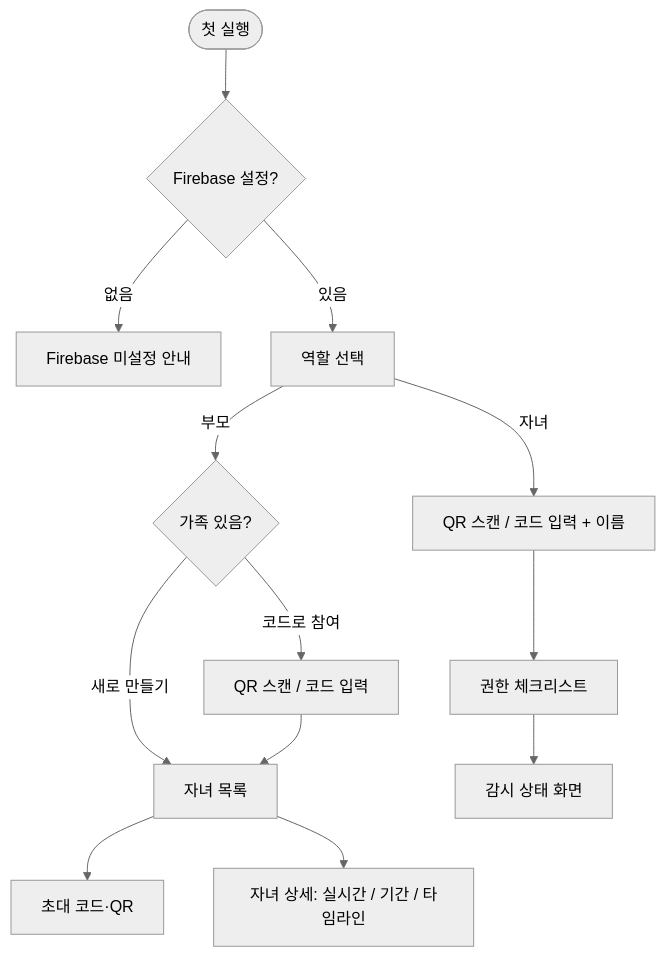
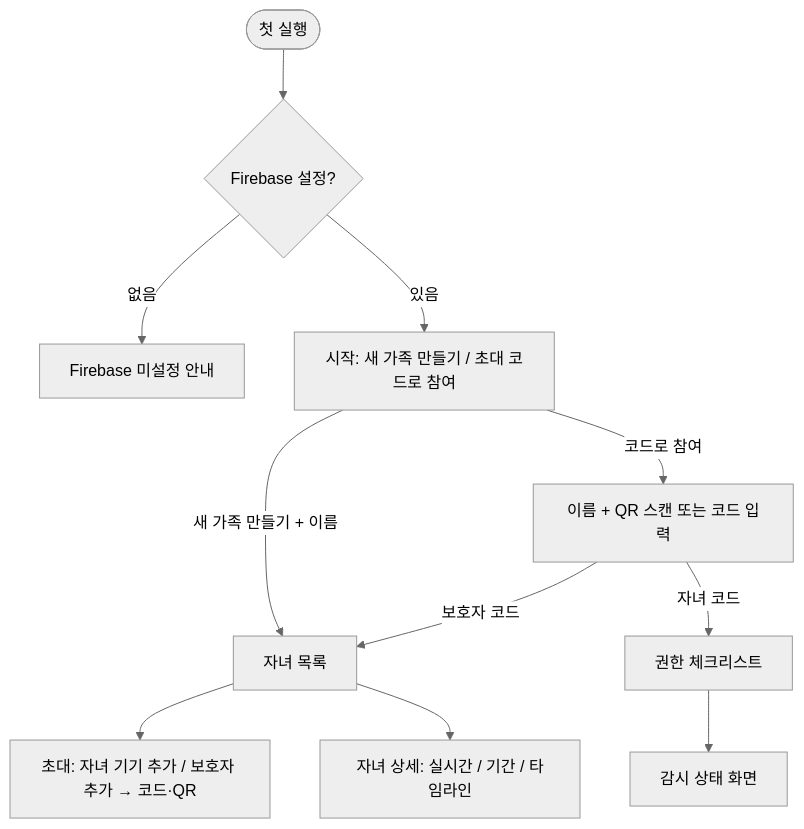
Before and after one commit to hwanyu365/argos: the first of 2 diagrams in docs/specification.md, drawn with Mermaid (neutral theme). The commit also changed other lines of this file and 24 other files, not shown here.

First line of the commit message:
feat:[GH-15][GH-18] 화면: 가족 만들기·초대·참여·보호자 홈·자녀 권한 안내 (#23)

````diff
--- a/docs/specification.md
+++ b/docs/specification.md
@@ -182,12 +191,12 @@
 ```mermaid
 flowchart TD
   Start([첫 실행]) --> Cfg{Firebase 설정?}
   Cfg -- 없음 --> NoCfg[Firebase 미설정 안내]
-  Cfg -- 있음 --> Role[역할 선택]
-  Role -- 부모 --> PJ{가족 있음?}
-  PJ -- 새로 만들기 --> PHome
-  PJ -- 코드로 참여 --> Join[QR 스캔 / 코드 입력] --> PHome
-  PHome[자녀 목록] --> Invite[초대 코드·QR]
+  Cfg -- 있음 --> W[시작: 새 가족 만들기 / 초대 코드로 참여]
+  W -- 새 가족 만들기 + 이름 --> PHome
+  W -- 코드로 참여 --> Join[이름 + QR 스캔 또는 코드 입력]
+  Join -- 보호자 코드 --> PHome
+  Join -- 자녀 코드 --> Perm[권한 체크리스트] --> CHome[감시 상태 화면]
+  PHome[자녀 목록] --> Invite[초대: 자녀 기기 추가 / 보호자 추가 → 코드·QR]
   PHome --> Detail[자녀 상세: 실시간 / 기간 / 타임라인]
-  Role -- 자녀 --> CJoin[QR 스캔 / 코드 입력 + 이름] --> Perm[권한 체크리스트] --> CHome[감시 상태 화면]
 ```
````
